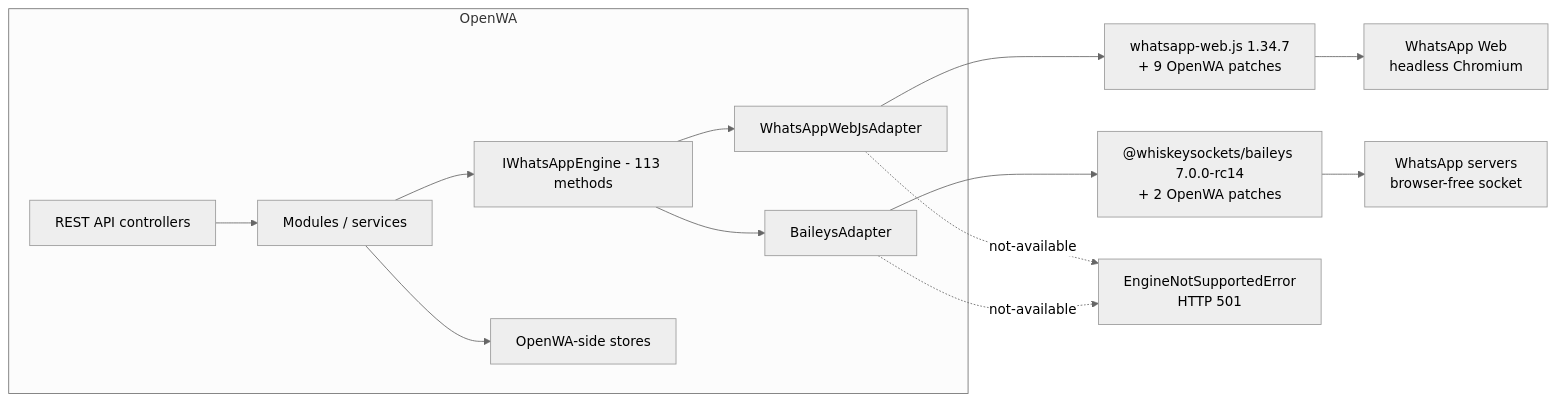
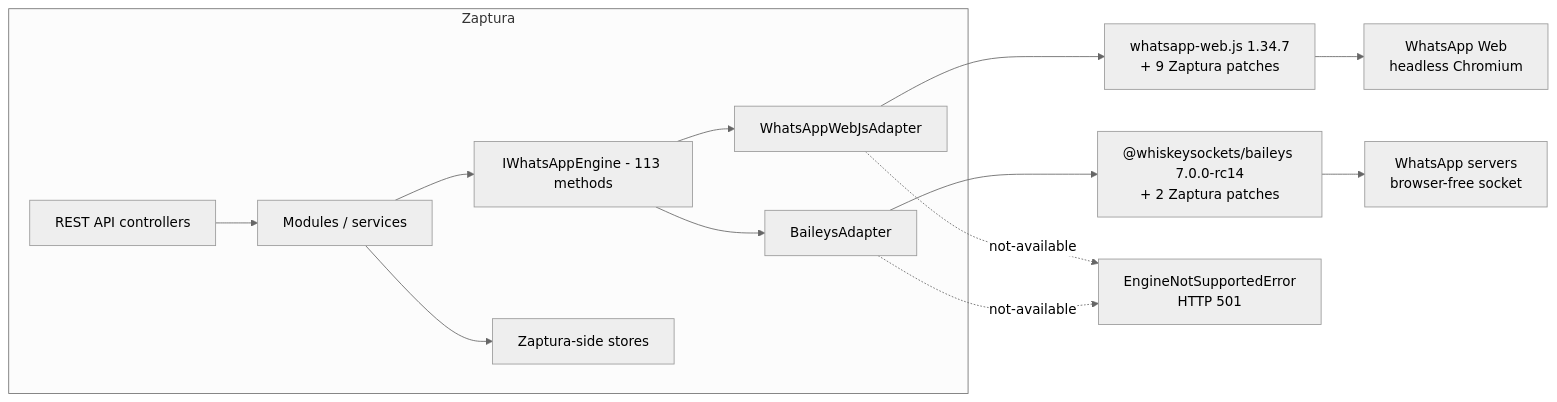
One commit to AsmSafone/Whatsapp-SaaS changed the first of 2 diagrams in docs/29-engine-capability-matrix.md. Above: the diagram before and after it, drawn with Mermaid (neutral theme). The commit also changed other lines of this file and 940 other files, not shown here.

````diff
--- a/docs/29-engine-capability-matrix.md
+++ b/docs/29-engine-capability-matrix.md
@@ -43,16 +43,16 @@
 ```mermaid
 flowchart LR
-    subgraph OpenWA["OpenWA"]
+    subgraph Zaptura["Zaptura"]
         API["REST API controllers"] --> SVC["Modules / services"]
         SVC --> IF["IWhatsAppEngine - 113 methods"]
         IF --> WA["WhatsAppWebJsAdapter"]
         IF --> BA["BaileysAdapter"]
-        SVC --> STORE["OpenWA-side stores"]
+        SVC --> STORE["Zaptura-side stores"]
     end
-    WA --> WLIB["whatsapp-web.js 1.34.7<br/>+ 9 OpenWA patches"]
-    BA --> BLIB["@whiskeysockets/baileys 7.0.0-rc14<br/>+ 2 OpenWA patches"]
+    WA --> WLIB["whatsapp-web.js 1.34.7<br/>+ 9 Zaptura patches"]
+    BA --> BLIB["@whiskeysockets/baileys 7.0.0-rc14<br/>+ 2 Zaptura patches"]
     WLIB --> WEB["WhatsApp Web<br/>headless Chromium"]
     BLIB --> WAS["WhatsApp servers<br/>browser-free socket"]
     WA -.->|"not-available"| E["EngineNotSupportedError<br/>HTTP 501"]
     BA -.->|"not-available"| E
 ```
````
